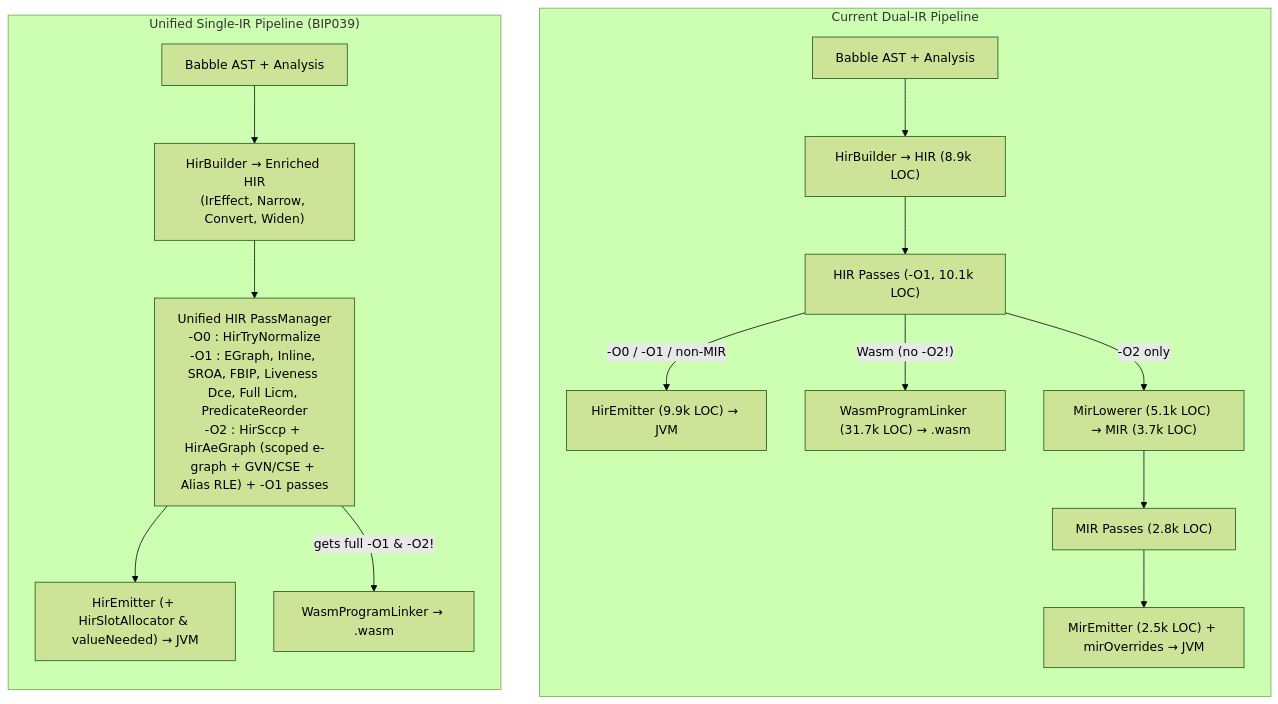
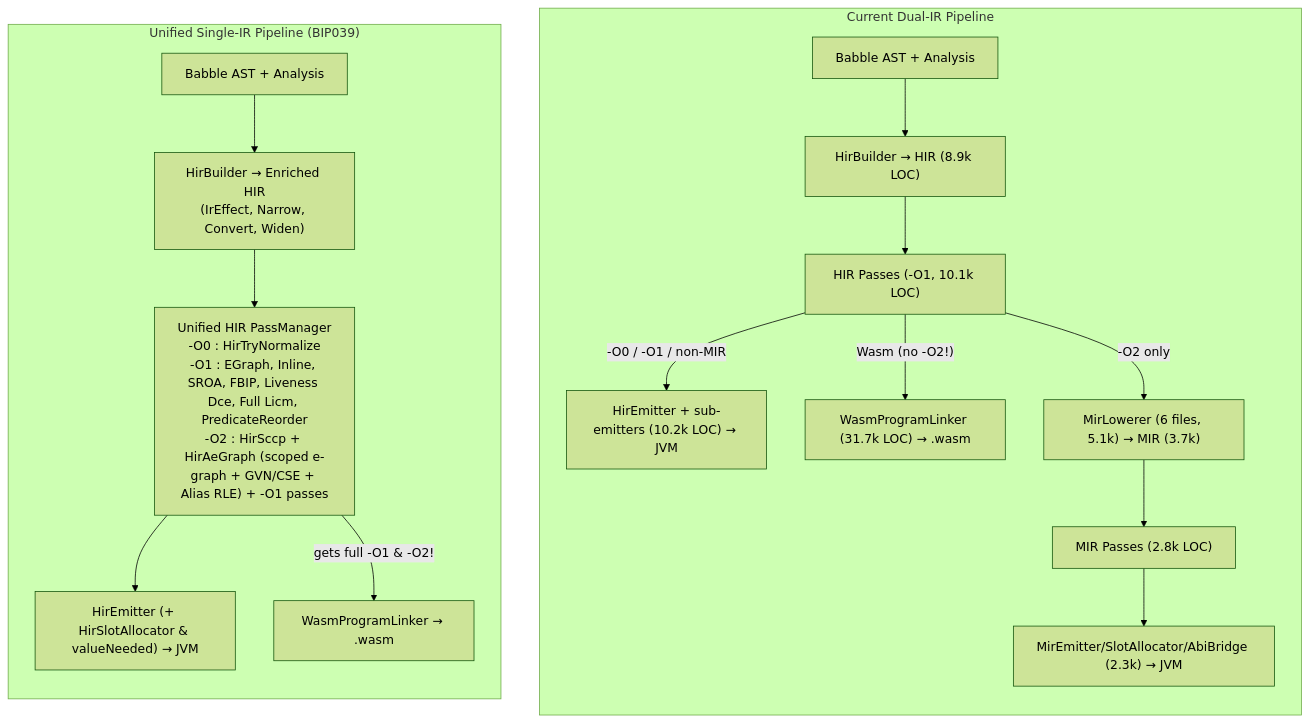
The first of 2 diagrams in docs/design/bip039_mir-deorbitation.md (nlehuen/babble), drawn with Mermaid (forest theme) before and after one commit. The commit also changed other lines of this file and 20 other files, not shown here.

````diff
--- a/docs/design/bip039_mir-deorbitation.md
+++ b/docs/design/bip039_mir-deorbitation.md
@@ -45,21 +45,21 @@
 ```mermaid
 flowchart TB
     subgraph Before["Current Dual-IR Pipeline"]
         direction TB
         B_SRC["Babble AST + Analysis"] --> B_HIR["HirBuilder → HIR (8.9k LOC)"]
         B_HIR --> B_HOPT["HIR Passes (-O1, 10.1k LOC)"]
-        B_HOPT -->|"-O0 / -O1 / non-MIR"| B_HEMIT["HirEmitter (9.9k LOC) → JVM"]
+        B_HOPT -->|"-O0 / -O1 / non-MIR"| B_HEMIT["HirEmitter + sub-emitters (10.2k LOC) → JVM"]
         B_HOPT -->|"Wasm (no -O2!)"| B_WASM["WasmProgramLinker (31.7k LOC) → .wasm"]
-        B_HOPT -->|"-O2 only"| B_MLOW["MirLowerer (5.1k LOC) → MIR (3.7k LOC)"]
+        B_HOPT -->|"-O2 only"| B_MLOW["MirLowerer (6 files, 5.1k) → MIR (3.7k)"]
         B_MLOW --> B_MOPT["MIR Passes (2.8k LOC)"]
-        B_MOPT --> B_MEMIT["MirEmitter (2.5k LOC) + mirOverrides → JVM"]
+        B_MOPT --> B_MEMIT["MirEmitter/SlotAllocator/AbiBridge (2.3k) → JVM"]
     end
 
     subgraph After["Unified Single-IR Pipeline (BIP039)"]
         direction TB
         A_SRC["Babble AST + Analysis"] --> A_HIR["HirBuilder → Enriched HIR\n(IrEffect, Narrow, Convert, Widen)"]
         A_HIR --> A_OPT["Unified HIR PassManager\n-O0 : HirTryNormalize\n-O1 : EGraph, Inline, SROA, FBIP, Liveness Dce, Full Licm, PredicateReorder\n-O2 : HirSccp + HirAeGraph (scoped e-graph + GVN/CSE + Alias RLE) + -O1 passes"]
         A_OPT --> A_HEMIT["HirEmitter (+ HirSlotAllocator & valueNeeded) → JVM"]
         A_OPT -->|"gets full -O1 & -O2!"| A_WASM["WasmProgramLinker → .wasm"]
     end
 ```
````
